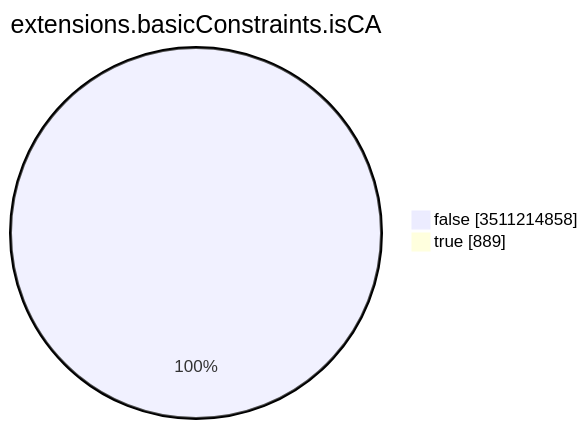
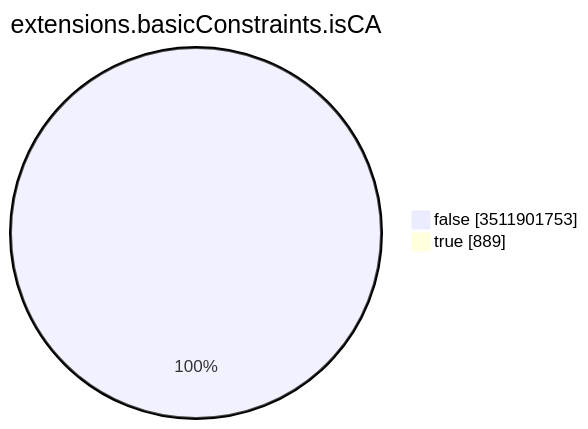
One commit to christiankrug/ctmonitor_visualization changed the seventh of 15 diagrams in TOTAL/README.md. Above: the diagram before and after it, drawn with Mermaid. The commit also changed other lines of this file, not shown here.

````diff
--- a/TOTAL/README.md
+++ b/TOTAL/README.md
@@ -3094,6 +3094,6 @@
 ```mermaid
 pie showData
 title extensions.basicConstraints.isCA
-"false" :3511214858
+"false" :3511901753
 "true" :889
 ```
````
